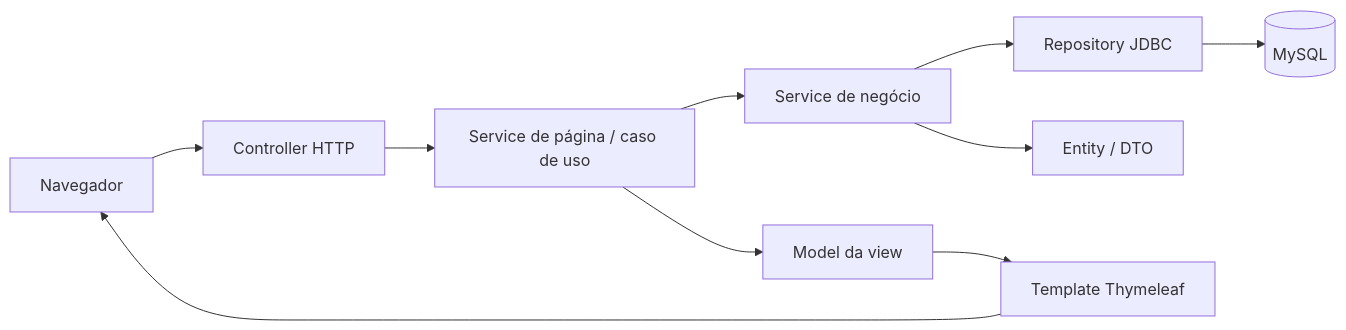
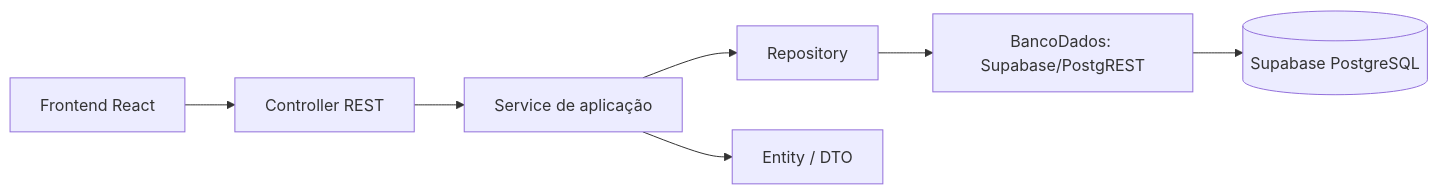
One commit to Fink0612/boot changed the diagram in backend/docs/MAPA_DO_PROJETO.md. Above: the diagram before and after it, drawn with Mermaid. The commit also changed other lines of this file and 188 other files, not shown here.

````diff
--- a/backend/docs/MAPA_DO_PROJETO.md
+++ b/backend/docs/MAPA_DO_PROJETO.md
@@ -5,12 +5,9 @@
 ```mermaid
 flowchart LR
-    B[Navegador] --> C[Controller HTTP]
-    C --> P[Service de página / caso de uso]
-    P --> S[Service de negócio]
-    S --> R[Repository JDBC]
-    R --> DB[(MySQL)]
+    F[Frontend React] --> C[Controller REST]
+    C --> S[Service de aplicação]
+    S --> R[Repository]
+    R --> A[BancoDados: Supabase/PostgREST]
+    A --> DB[(Supabase PostgreSQL)]
     S --> E[Entity / DTO]
-    P --> V[Model da view]
-    V --> T[Template Thymeleaf]
-    T --> B
 ```
````
